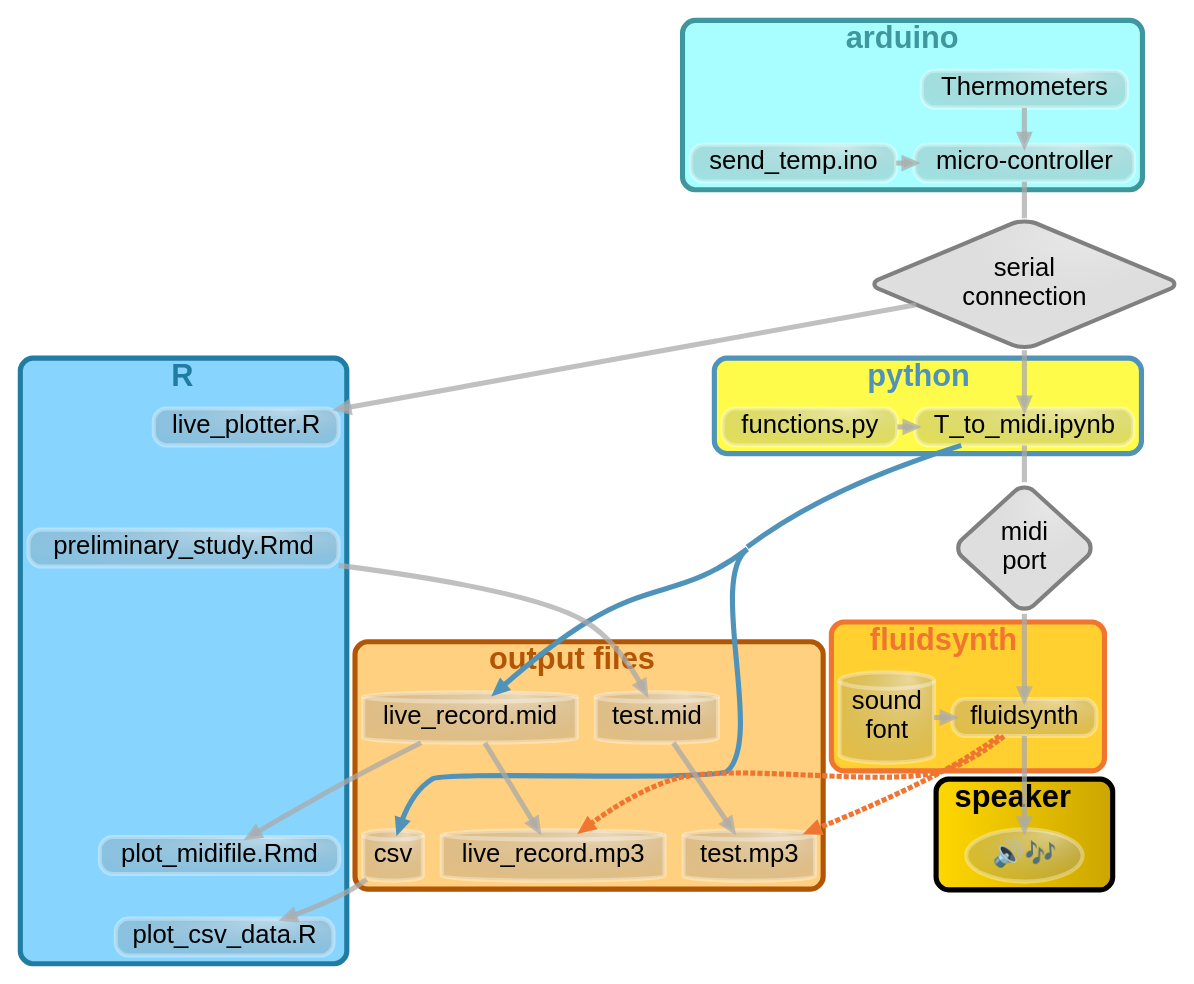
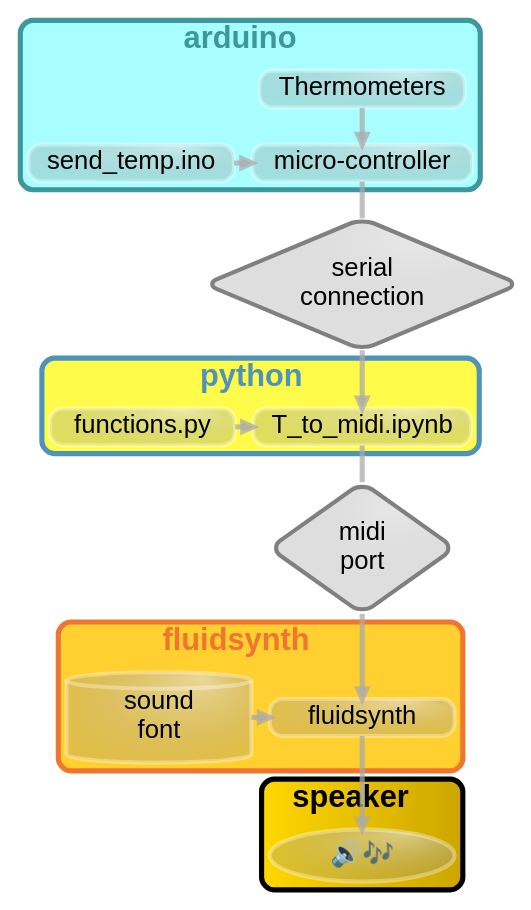
Before and after one commit to urswilke/urssblogg: the diagram in content/post/2020-11-19-synthesizing-temperature-measurements-into-sound/graph_complete.gv, drawn with Graphviz. The commit also changed 7 other files, not shown here.

```diff
--- a/content/post/2020-11-19-synthesizing-temperature-measurements-into-sound/graph_complete.gv
+++ b/content/post/2020-11-19-synthesizing-temperature-measurements-into-sound/graph_complete.gv
@@ -20,7 +20,7 @@
     fontsize=25,
     penwidth=4, 
     color = "#ffffff55",
-    
+    width = 2.5
   ];
   edge [
     fontname = "helvetica", 
@@ -106,48 +106,7 @@
     sf2 -> fluidsynth;
     {rank=same; fluidsynth sf2}
   }
-  subgraph cluster_output_files {
-  label = < <B>output files</B> >;
-  fontsize = 30;
-  bgcolor = "#ffd080" 
-  color = "#b25605" 
-  fontcolor = "#b25605" 
-  midifile [
-    shape = cylinder,
-    label = "live_record.mid",
-    tooltip = "midi file written by T_to_midi.ipynb",
-    URL = "https://gitlab.com/urswilke/chaos_machine_code/-/tree/master/python/recorded_data/"
-  ];
-  prelim_mp3 [
-    label = "test.mp3"
-    shape = cylinder;
-    tooltip = "resulting mp3 file, when the midifile test.mid is rendered by fluidsynth with the specified soundfont",
-    URL = "https://gitlab.com/urswilke/chaos_machine_code/-/tree/master/R/preliminary_study/"
-  ];
-  mp3 [
-    label = "live_record.mp3"
-    shape = cylinder;
-    tooltip = "resulting mp3 file, when the midifile live_record.mid (written by T_to_midi.ipynb) is rendered by fluidsynth with the specified soundfont"
-    URL = "https://gitlab.com/urswilke/chaos_machine_code/-/tree/master/python/recorded_data/"
-  ];
-  csv [shape = cylinder];
-  prelim_audio [
-    shape=cylinder, 
-    label="test.mid",
-    tooltip = "midi file written by preliminary_study.Rmd",
-    URL = "https://gitlab.com/urswilke/chaos_machine_code/-/tree/master/R/preliminary_study/"
-  ]
-  prelim_audio -> prelim_mp3
-  midifile -> mp3
-
-
-  {rank=same;prelim_audio, midifile}
-}
-python -> csv [color = "#4f93ba"];
-python -> midifile [color = "#4f93ba"];
-fluidsynth -> mp3 [style = dashed, color = "#f07531"]
-fluidsynth -> prelim_mp3 [style = dashed, color = "#f07531"]
-
+  
   
   mp -> fluidsynth [ weight = 100]
   mc -> sc [
@@ -161,7 +120,7 @@
     color=grey, 
     shape=diamond,
     tooltip = "The serial string sent from the arduino is of the following format:
-S: 1, ID: 40255662332332138251, T: 21.25; S: 2, ID: 402552102282332138209, T: 21.25; S: 3, ID: 402551932392332138119, T: 21.00; S: 4, ID: 4025514153413227192, T: 21.12; S: 5, ID: 402552272422332138169, T: 21.38",
+S: 1, ID: 40255662332332138251, T: 26.88; S: 2, ID: 402552102282332138209, T: 26.25; S: 3, ID: 402551932392332138119, T: 26.38; S: 4, ID: 4025514153413227192, T: 26.62; S: 5, ID: 402552272422332138169, T: 22.62",
     URL = "https://gitlab.com/urswilke/chaos_machine_code/-/tree/master/python/recorded_data/serial_string.txt"
   ];
   mp [
@@ -184,64 +143,7 @@
   }
   
 
-  subgraph cluster_R {
-  # https://stackoverflow.com/questions/6824431/placing-clusters-on-the-same-rank-in-graphviz
-  label = < <B>R</B> >;
-  fontsize = 30;
-  bgcolor = "#87d5ff"
-  color = "#217ca3"
-  fontcolor = "#217ca3"
-  newrank=true;
-  csv -> "plot_csv_data.R";
-  "plot_midifile.Rmd" [
-    shape=box, 
-    URL = "https://gitlab.com/urswilke/chaos_machine_code/-/tree/master/R/plot_midifile/plot_midifile.md"
-    tooltip = "In this document, a piano roll visualization is produced of the midifile written at the end of the python notebook. And I will promote the two packages I wrote:
-* The python package [miditapyr](https://github.com/urswilke/miditapyr/) can tabulate midifile data (read in by [mido](github.com/mido/mido)) in dataframes.
-* The R package [pyramidi](https://github.com/urswilke/pyramidi/) can transform these dataframes to a wide format that allows for an easy way to plot piano roll plots."
-  ]
-  "plot_csv_data.R" [
-    shape=box, 
-    tooltip = "plot the data in the csv files written in python/T_to_midi.ipynb"
-    URL = "https://gitlab.com/urswilke/chaos_machine_code/-/tree/master/R/plot_csv_data/plot_csv_data.md"
-  ]
-  plotter [
-    label = "live_plotter.R",
-    shape=box, 
-    tooltip = "script to plot the serial data in real time",
-    URL = "https://gitlab.com/urswilke/chaos_machine_code/-/tree/master/R/live_plotter/live_plotter.R"
-  ]
-  #&#8226; after the real-time loop, csv, midi and mp3 files are generated<br ALIGN = "LEFT"/>
-  prelim [
-    shape=box, 
-    label="preliminary_study.Rmd", 
-    URL="https://gitlab.com/urswilke/chaos_machine_code/-/tree/master/R/preliminary_study/preliminary_study.md"
-    tooltip="This is a preliminary study to translate temperature measurements into sound. 
-* Fake temperaure curves are generated
-* pairwise differences are calculated
-* these differnces are mapped to midi notes 
-* this information is saved to a midi file
-* which is synthesized to an audiofile"
-  ];
-  #  {rank=same; midifile [group = g3] csv [group = g3] }
-  edge[style=invis];
-  python -> plotter;
-  plotter -> prelim;
-  prelim -> "plot_midifile.Rmd";
-  "plot_midifile.Rmd" -> "plot_csv_data.R";
-  "plot_midifile.Rmd" -> "plot_csv_data.R";
-}
-
-{rank=same; python plotter}
-#{rank=same; prelim prelim_audio}
-sc -> plotter;
-midifile -> "plot_midifile.Rmd"
   
-prelim -> prelim_audio
-edge[style=invis];
-midifile -> csv;
-
-
   
   # mc -> sc [ weight = 100, style=invis]
   # python -> mp [ weight = 100, style=invis]
```
